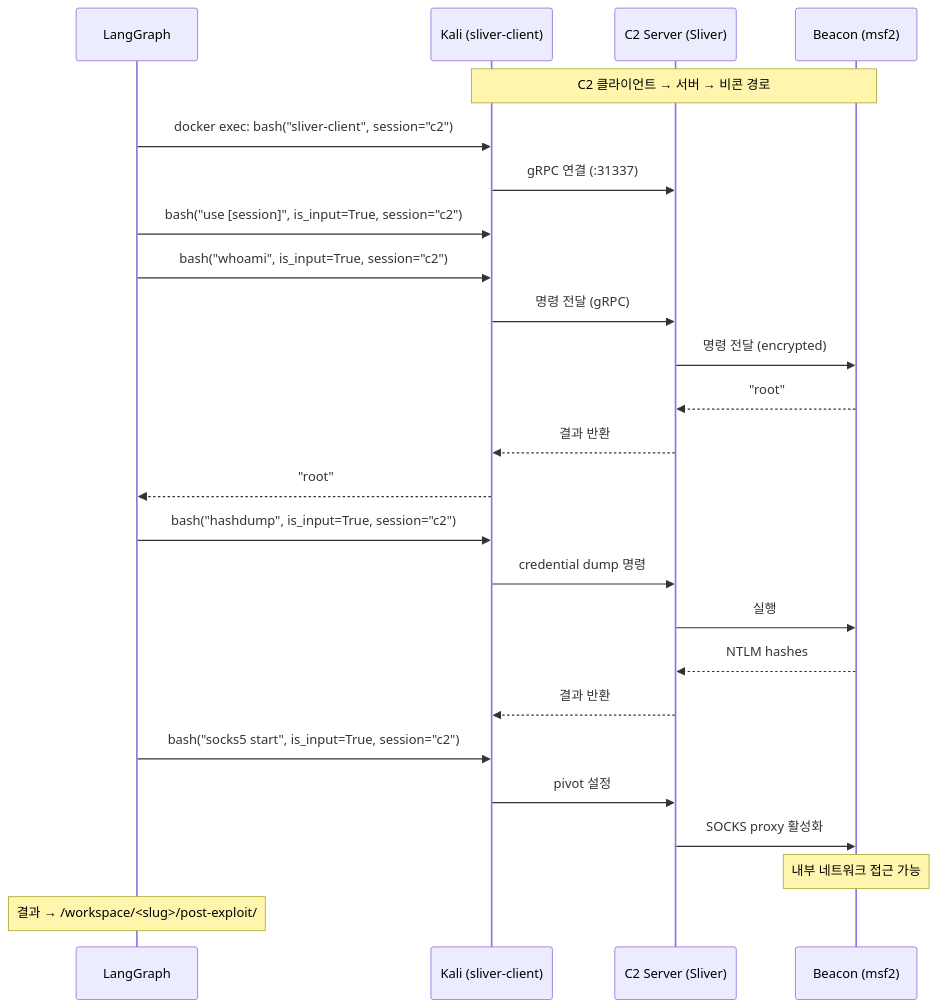
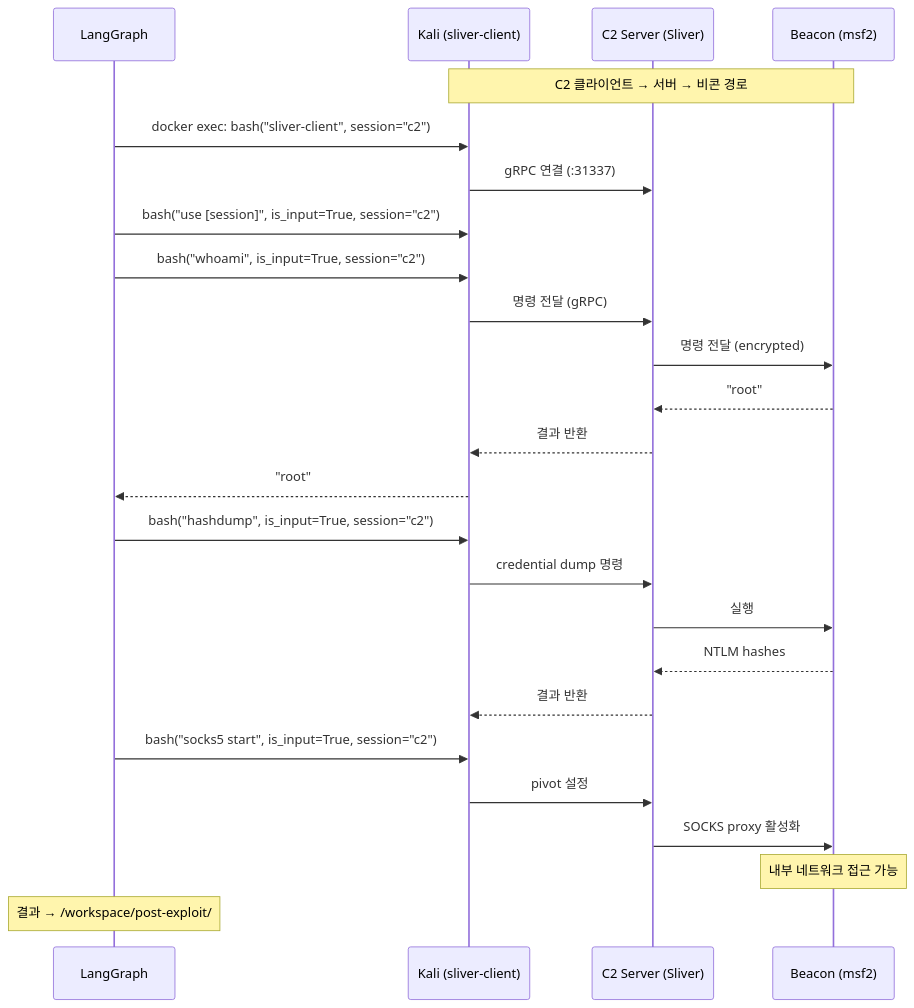
One commit to musicsms/decepticon changed the eighth of 12 diagrams in docs/architecture/red-team-infrastructure.md. Above: the diagram before and after it, drawn with Mermaid. The commit also changed other lines of this file and 57 other files, not shown here.

````diff
--- a/docs/architecture/red-team-infrastructure.md
+++ b/docs/architecture/red-team-infrastructure.md
@@ -358,33 +358,33 @@
 ```mermaid
 sequenceDiagram
     participant LG as LangGraph
     participant K as Kali (sliver-client)
     participant C2 as C2 Server (Sliver)
     participant B as Beacon (msf2)
 
     Note over K,B: C2 클라이언트 → 서버 → 비콘 경로
 
     LG->>K: docker exec: bash("sliver-client", session="c2")
     K->>C2: gRPC 연결 (:31337)
 
     LG->>K: bash("use [session]", is_input=True, session="c2")
     LG->>K: bash("whoami", is_input=True, session="c2")
     K->>C2: 명령 전달 (gRPC)
     C2->>B: 명령 전달 (encrypted)
     B-->>C2: "root"
     C2-->>K: 결과 반환
     K-->>LG: "root"
 
     LG->>K: bash("hashdump", is_input=True, session="c2")
     K->>C2: credential dump 명령
     C2->>B: 실행
     B-->>C2: NTLM hashes
     C2-->>K: 결과 반환
 
     LG->>K: bash("socks5 start", is_input=True, session="c2")
     K->>C2: pivot 설정
     C2->>B: SOCKS proxy 활성화
     Note over B: 내부 네트워크 접근 가능
 
-    Note over LG: 결과 → /workspace/<slug>/post-exploit/
+    Note over LG: 결과 → /workspace/post-exploit/
 ```
````
